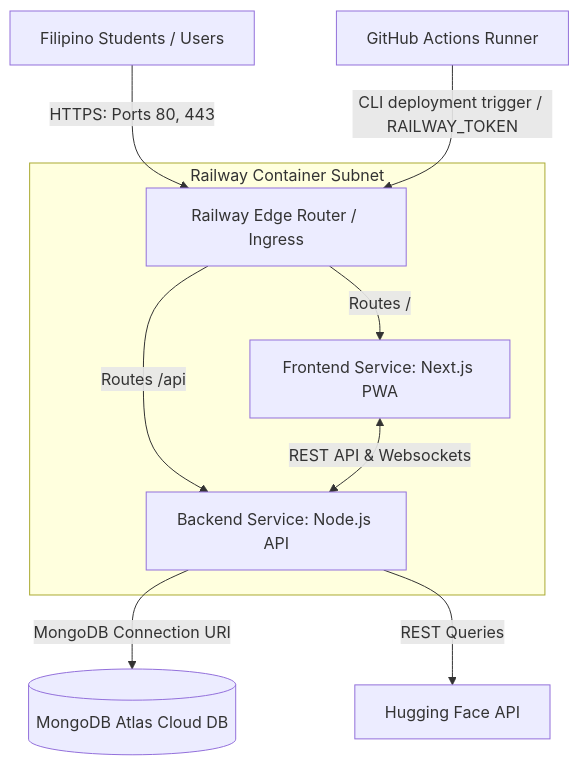
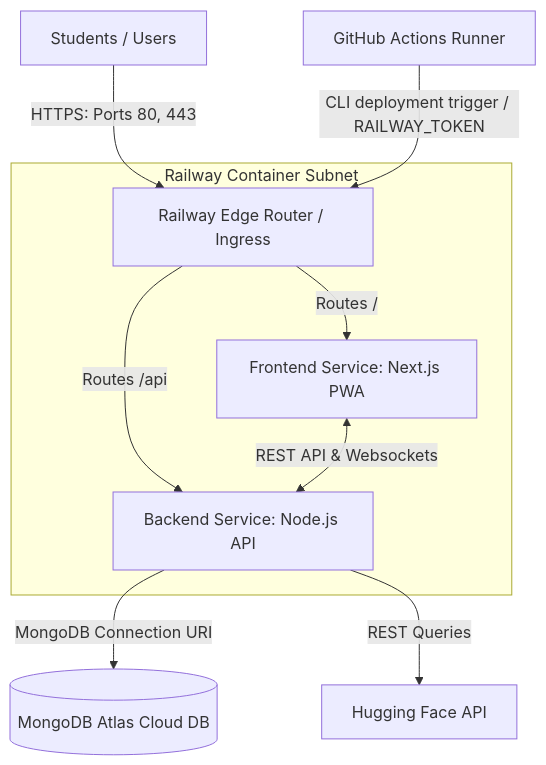
Before and after one commit to ShakiraCasusi/Brainbytes-AITutoring-Platform: the diagram in docs/deployment-plan.md, drawn with Mermaid. The commit also changed other lines of this file and 5 other files, not shown here.

````diff
--- a/docs/deployment-plan.md
+++ b/docs/deployment-plan.md
@@ -71,18 +71,18 @@
 ```mermaid
 graph TD
     %% Entry Points
-    Student[Filipino Students / Users] -->|HTTPS: Ports 80, 443| Edge[Railway Edge Router / Ingress]
+    Student[Students / Users] -->|HTTPS: Ports 80, 443| Edge[Railway Edge Router / Ingress]
 
     subgraph Railway Project Canvas [Railway Container Subnet]
         %% Services
         Edge -->|Routes /| FE[Frontend Service: Next.js PWA]
         Edge -->|Routes /api| BE[Backend Service: Node.js API]
         
         FE <-->|REST API & Websockets| BE
     end
 
     %% External Systems
     BE -->|MongoDB Connection URI| DB[(MongoDB Atlas Cloud DB)]
     BE -->|REST Queries| HF[Hugging Face API]
     GHA[GitHub Actions Runner] -->|CLI deployment trigger / RAILWAY_TOKEN| Edge
 ```
````
